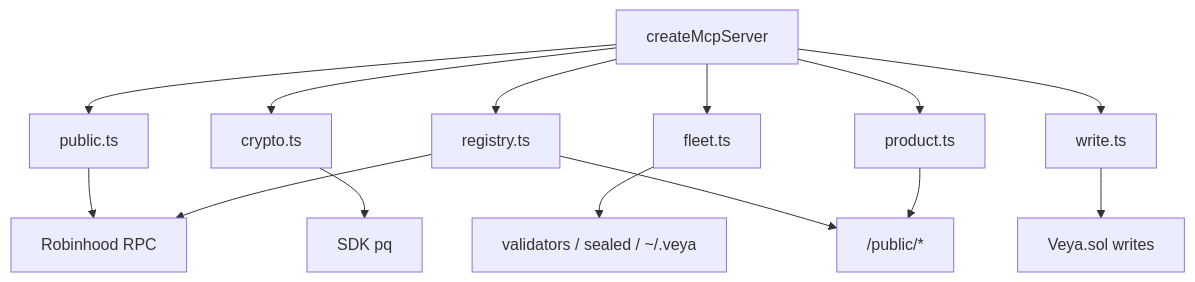
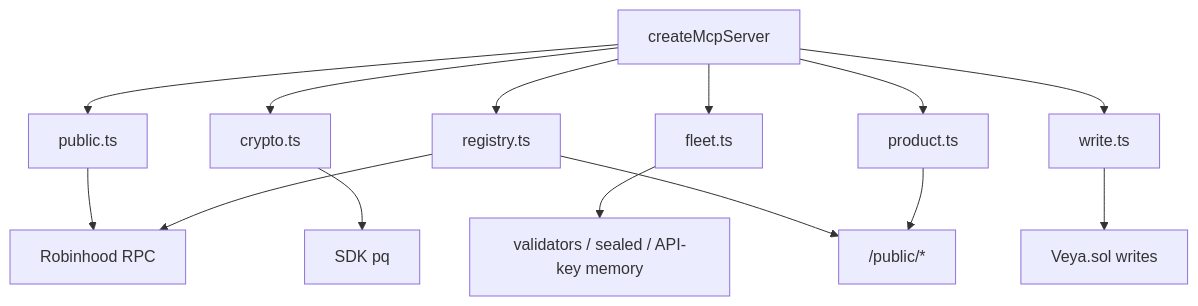
One commit to veyanet/veya-mcp changed the sixth of 7 diagrams in docs/ARCHITECTURE.md. Above: the diagram before and after it, drawn with Mermaid. The commit also changed other lines of this file, not shown here.

Commit message:
docs: describe mainnet default in architecture notes

````diff
--- a/docs/ARCHITECTURE.md
+++ b/docs/ARCHITECTURE.md
@@ -350,17 +350,17 @@
 ```mermaid
 flowchart TB
   S["createMcpServer"]
   S --> P["public.ts"]
   S --> C["crypto.ts"]
   S --> F["fleet.ts"]
   S --> R["registry.ts"]
   S --> PR["product.ts"]
   S --> W["write.ts"]
   P --> RPC["Robinhood RPC"]
   C --> PQ["SDK pq"]
-  F --> VAL["validators / sealed / ~/.veya"]
+  F --> VAL["validators / sealed / API-key memory"]
   R --> API["/public/*"]
   R --> RPC
   PR --> API
   W --> CHAIN["Veya.sol writes"]
 ```
````
